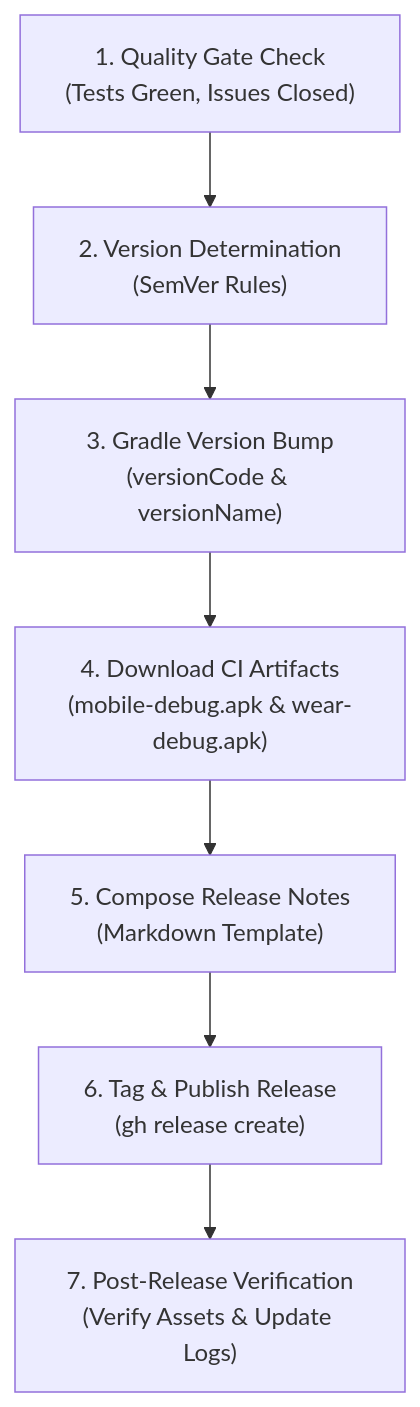
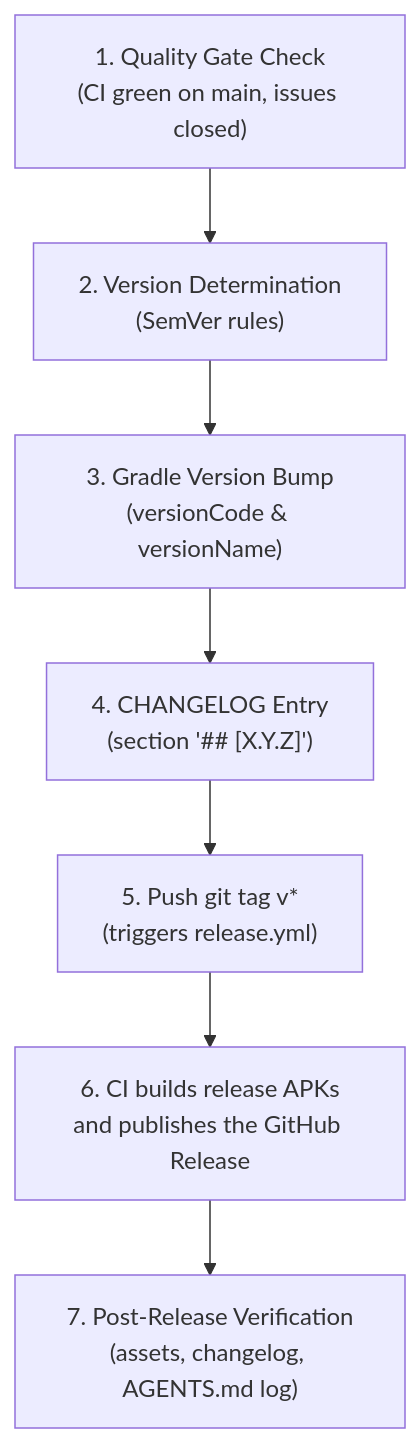
The diagram in .agents/skills/release-creation-guide/SKILL.md (christian98b/LockerLift), drawn with Mermaid before and after one commit. The commit also changed other lines of this file and 3 other files, not shown here.

First line of the commit message:
docs(skills): update release-creation-guide to automated tag-triggered release pipeline

````diff
--- a/.agents/skills/release-creation-guide/SKILL.md
+++ b/.agents/skills/release-creation-guide/SKILL.md
@@ -19,9 +29,9 @@
 ```mermaid
 flowchart TD
-    A["1. Quality Gate Check<br/>(Tests Green, Issues Closed)"] --> B["2. Version Determination<br/>(SemVer Rules)"]
+    A["1. Quality Gate Check<br/>(CI green on main, issues closed)"] --> B["2. Version Determination<br/>(SemVer rules)"]
     B --> C["3. Gradle Version Bump<br/>(versionCode & versionName)"]
-    C --> D["4. Download CI Artifacts<br/>(mobile-debug.apk & wear-debug.apk)"]
-    D --> E["5. Compose Release Notes<br/>(Markdown Template)"]
-    E --> F["6. Tag & Publish Release<br/>(gh release create)"]
-    F --> G["7. Post-Release Verification<br/>(Verify Assets & Update Logs)"]
+    C --> D["4. CHANGELOG Entry<br/>(section '## [X.Y.Z]')"]
+    D --> E["5. Push git tag v*<br/>(triggers release.yml)"]
+    E --> F["6. CI builds release APKs<br/>and publishes the GitHub Release"]
+    F --> G["7. Post-Release Verification<br/>(assets, changelog, AGENTS.md log)"]
 ```
````
